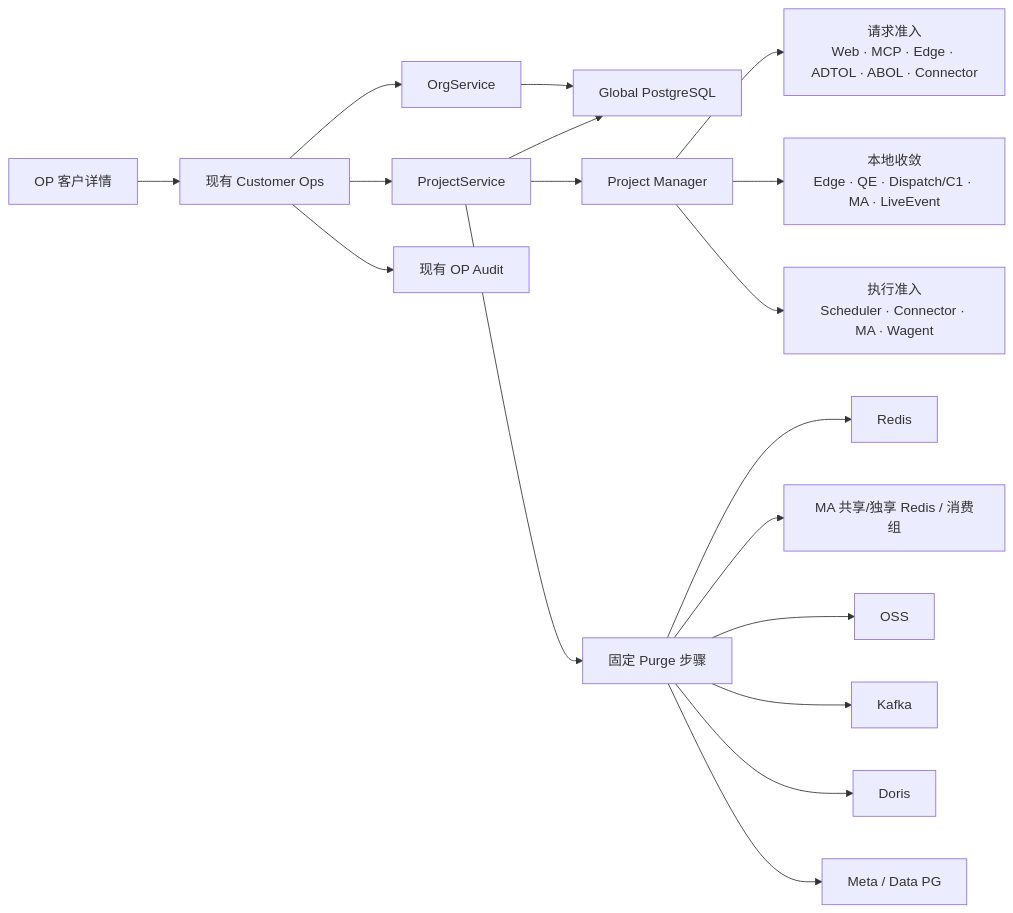
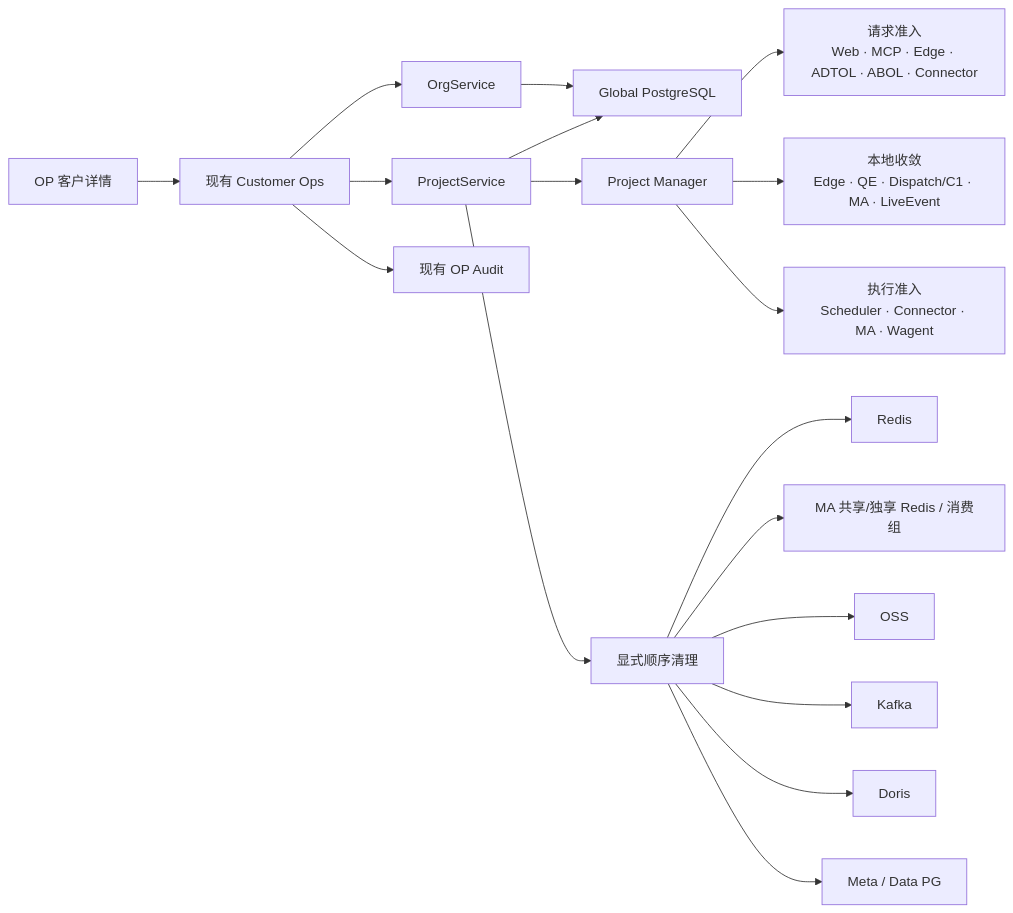
Before and after one commit to qinwenshiCH/workflow: the first of 5 diagrams in specs/20260716-Wave-Refac-OrganizationProjectLifecycle/03-plan.md, drawn with Mermaid. The commit also changed other lines of this file and 5 other files, not shown here.

````diff
--- a/specs/20260716-Wave-Refac-OrganizationProjectLifecycle/03-plan.md
+++ b/specs/20260716-Wave-Refac-OrganizationProjectLifecycle/03-plan.md
@@ -75,23 +76,23 @@
 ```mermaid
 flowchart LR
     OP["OP 客户详情"] --> Ops["现有 Customer Ops"]
     Ops --> Org["OrgService"]
     Ops --> Project["ProjectService"]
     Ops --> Audit["现有 OP Audit"]
 
     Org --> Global["Global PostgreSQL"]
     Project --> Global
     Project --> PM["Project Manager"]
-    Project --> Purge["固定 Purge 步骤"]
+    Project --> Purge["显式顺序清理"]
 
     PM --> Admission["请求准入<br/>Web · MCP · Edge · ADTOL · ABOL · Connector"]
     PM --> Hooks["本地收敛<br/>Edge · QE · Dispatch/C1 · MA · LiveEvent"]
     PM --> Workers["执行准入<br/>Scheduler · Connector · MA · Wagent"]
 
     Purge --> Redis
     Purge --> MAState["MA 共享/独享 Redis / 消费组"]
     Purge --> OSS
     Purge --> Kafka
     Purge --> Doris
     Purge --> ProjectPG["Meta / Data PG"]
 ```
````
